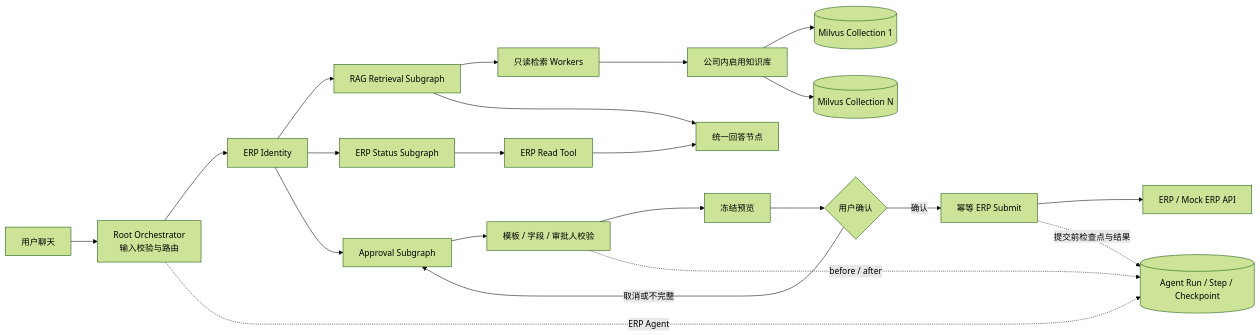
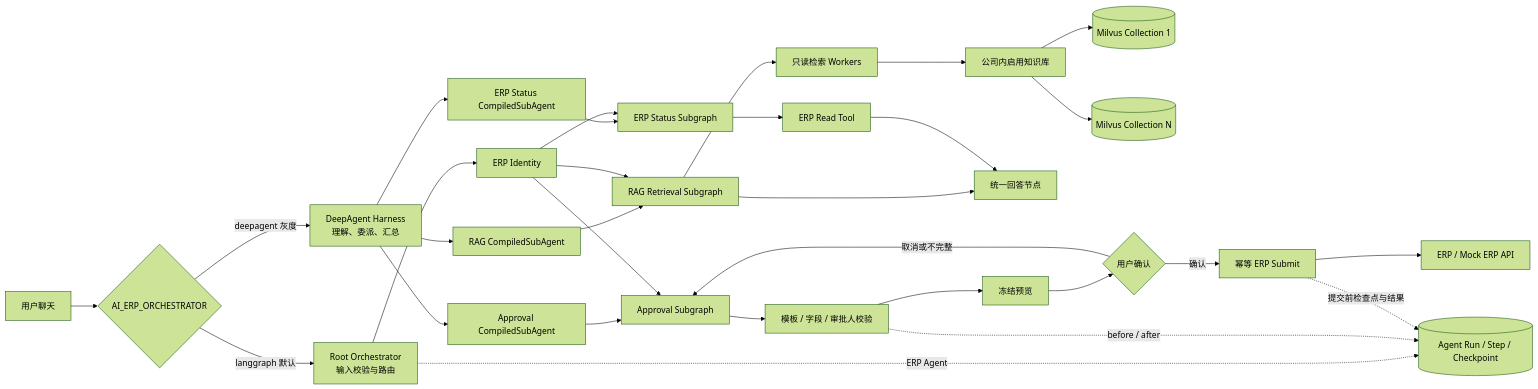
Before and after one commit to sangdongbo/langchain_study: the diagram in ai_erp_rag_assistant/docs/ARCHITECTURE.md, drawn with Mermaid (forest theme). The commit also changed other lines of this file and 117 other files, not shown here.

````diff
--- a/ai_erp_rag_assistant/docs/ARCHITECTURE.md
+++ b/ai_erp_rag_assistant/docs/ARCHITECTURE.md
@@ -3,24 +3,32 @@
 ```mermaid
 flowchart LR
-    U[用户聊天] --> G[Root Orchestrator\n输入校验与路由]
+    U[用户聊天] --> O{AI_ERP_ORCHESTRATOR}
+    O -->|langgraph 默认| G[Root Orchestrator\n输入校验与路由]
+    O -->|deepagent 灰度| H[DeepAgent Harness\n理解、委派、汇总]
+    H --> CR[RAG CompiledSubAgent]
+    H --> CS[ERP Status CompiledSubAgent]
+    H --> CA[Approval CompiledSubAgent]
+    CR --> R
+    CS --> S
+    CA --> A
     G --> I[ERP Identity]
     I --> R[RAG Retrieval Subgraph]
     I --> S[ERP Status Subgraph]
     I --> A[Approval Subgraph]
     R --> W1[只读检索 Workers]
     W1 --> K[公司内启用知识库]
     K --> M1[(Milvus Collection 1)]
     K --> M2[(Milvus Collection N)]
     R --> L[统一回答节点]
     S --> E[ERP Read Tool]
     E --> L
     A --> F[模板 / 字段 / 审批人校验]
     F --> P[冻结预览]
     P --> C{用户确认}
     C -->|确认| T[幂等 ERP Submit]
     C -->|取消或不完整| A
     T --> API[ERP / Mock ERP API]
     G -. ERP Agent .-> D[(Agent Run / Step / Checkpoint)]
     F -. before / after .-> D
     T -. 提交前检查点与结果 .-> D
 ```
````
